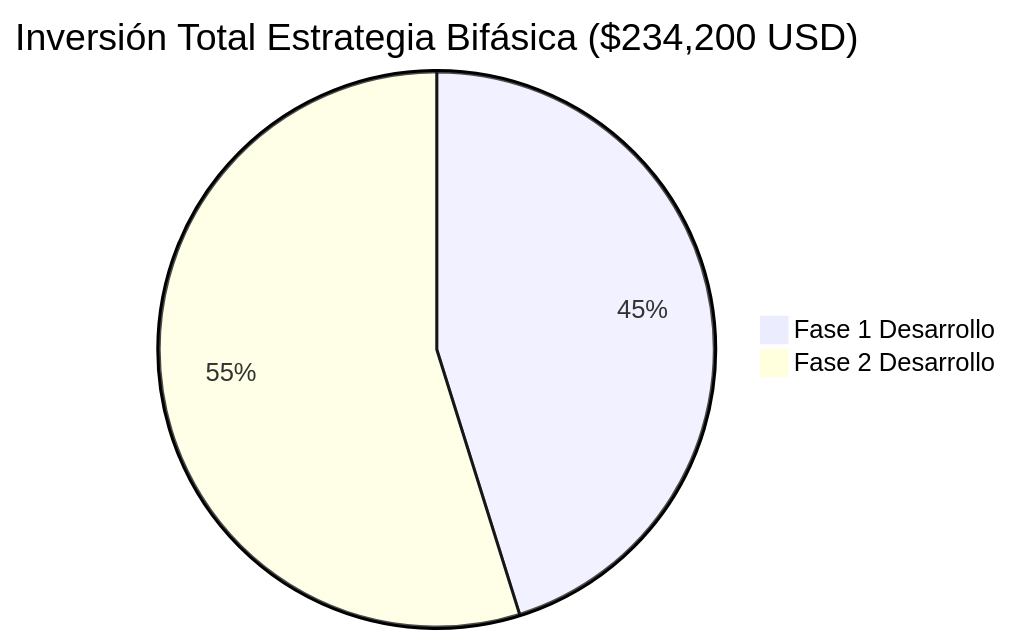
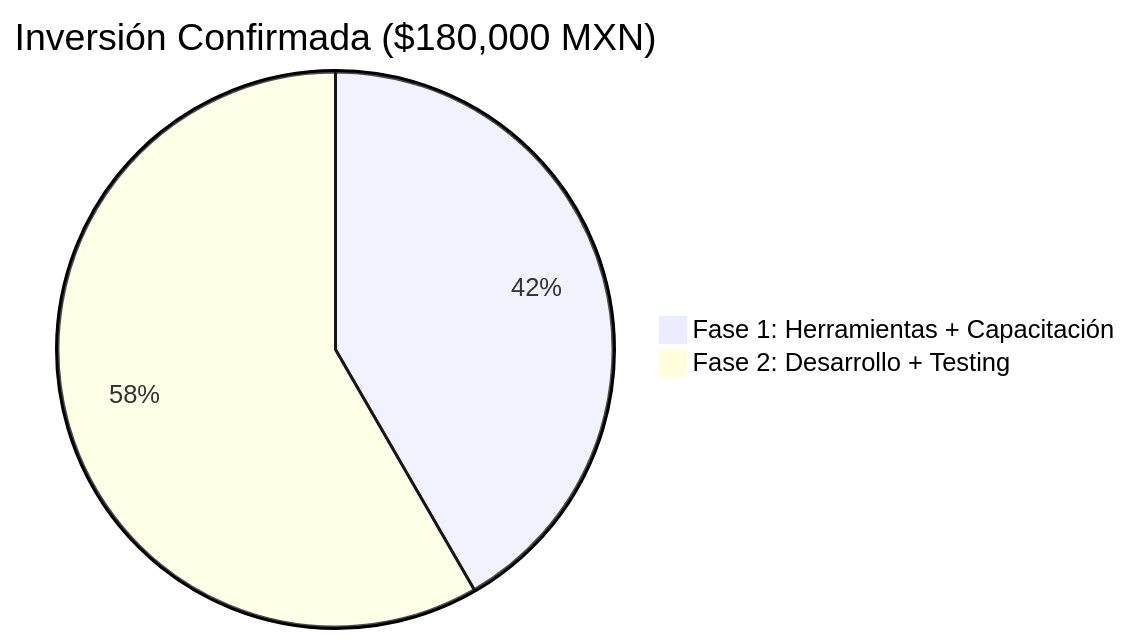
One commit to dleonsystem/sep_evaluacion_diagnostica changed the ninth of 10 diagrams in ANALISIS_DETALLADO_PSP_RUP.md. Above: the diagram before and after it, drawn with Mermaid. The commit also changed other lines of this file and 4 other files, not shown here.

````diff
--- a/ANALISIS_DETALLADO_PSP_RUP.md
+++ b/ANALISIS_DETALLADO_PSP_RUP.md
@@ -1352,5 +1355,5 @@
 ```mermaid
-pie title Inversión Total Estrategia Bifásica ($234,200 USD)
-    "Fase 1 Desarrollo" : 105800
-    "Fase 2 Desarrollo" : 128400
+pie title Inversión Confirmada ($180,000 MXN)
+    "Fase 1: Herramientas + Capacitación" : 75000
+    "Fase 2: Desarrollo + Testing" : 105000
 ```
````
